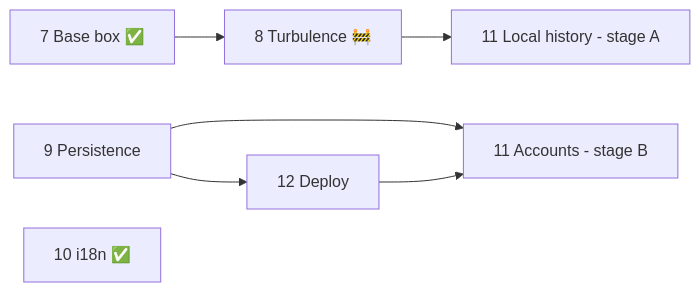
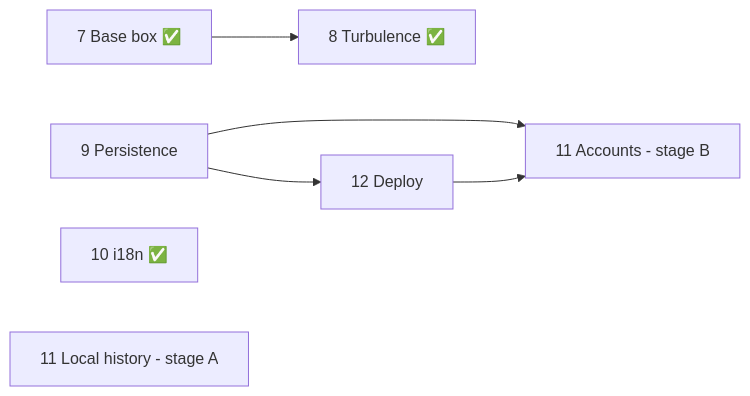
The diagram in docs/PLAN.md (thawmisntme4081/boardgame), drawn with Mermaid before and after one commit. The commit also changed other lines of this file and 22 other files, not shown here.

````diff
--- a/docs/PLAN.md
+++ b/docs/PLAN.md
@@ -51,9 +51,9 @@
 ```mermaid
 flowchart LR
-  P7[7 Base box ✅] --> P8[8 Turbulence 🚧]
+  P7[7 Base box ✅] --> P8[8 Turbulence ✅]
   P9[9 Persistence] --> P11B[11 Accounts - stage B]
   P9 --> P12[12 Deploy]
   P12 --> P11B
   P10[10 i18n ✅]
-  P8 --> P11A[11 Local history - stage A]
+  P11A[11 Local history - stage A]
 ```
````
